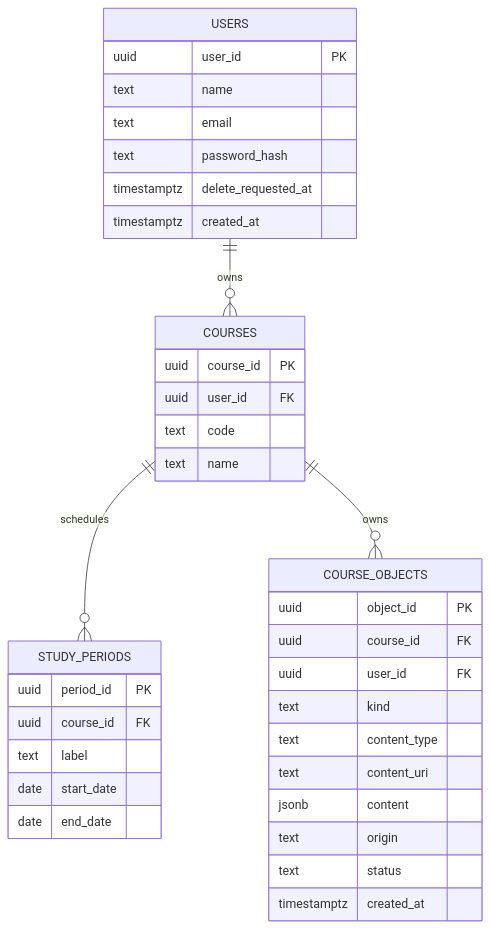
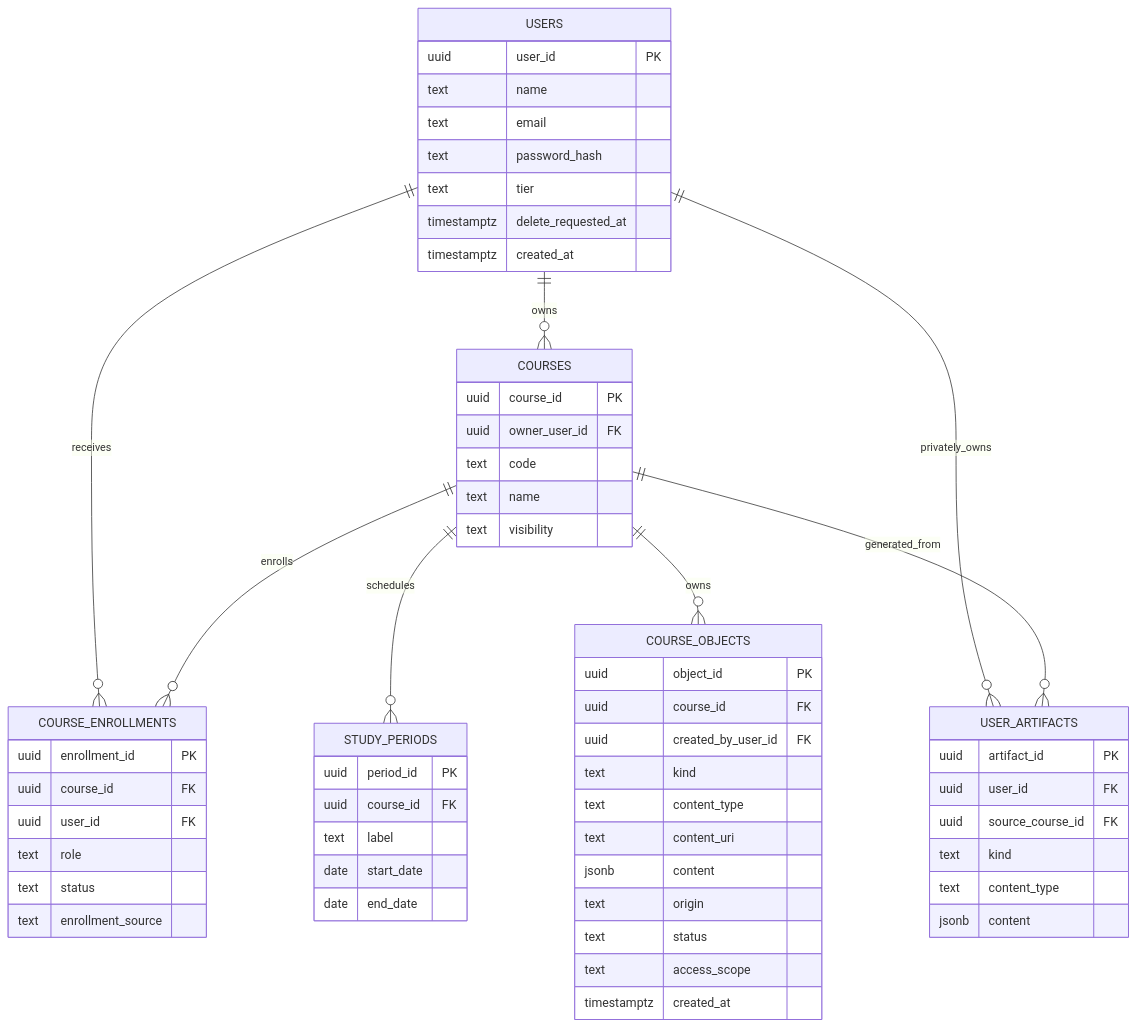
One commit to RileyK05/Stacks changed the eighth of 19 diagrams in system.md. Above: the diagram before and after it, drawn with Mermaid. The commit also changed other lines of this file and 53 other files, not shown here.

````diff
--- a/system.md
+++ b/system.md
@@ -213,40 +219,63 @@
 ```mermaid
 erDiagram
     USERS ||--o{ COURSES : owns
+    USERS ||--o{ COURSE_ENROLLMENTS : receives
+    COURSES ||--o{ COURSE_ENROLLMENTS : enrolls
     COURSES ||--o{ STUDY_PERIODS : schedules
     COURSES ||--o{ COURSE_OBJECTS : owns
+    USERS ||--o{ USER_ARTIFACTS : privately_owns
+    COURSES ||--o{ USER_ARTIFACTS : generated_from
 
     USERS {
         uuid user_id PK
         text name
         text email
         text password_hash
+        text tier
         timestamptz delete_requested_at
         timestamptz created_at
     }
     COURSES {
         uuid course_id PK
-        uuid user_id FK
+        uuid owner_user_id FK
         text code
         text name
+        text visibility
+    }
+    COURSE_ENROLLMENTS {
+        uuid enrollment_id PK
+        uuid course_id FK
+        uuid user_id FK
+        text role
+        text status
+        text enrollment_source
+    }
+    USER_ARTIFACTS {
+        uuid artifact_id PK
+        uuid user_id FK
+        uuid source_course_id FK
+        text kind
+        text content_type
+        jsonb content
     }
     STUDY_PERIODS {
         uuid period_id PK
         uuid course_id FK
         text label
         date start_date
         date end_date
     }
     COURSE_OBJECTS {
         uuid object_id PK
         uuid course_id FK
-        uuid user_id FK
+        uuid created_by_user_id FK
         text kind
         text content_type
         text content_uri
         jsonb content
         text origin
         text status
+        text access_scope
         timestamptz created_at
     }
 ```
````
